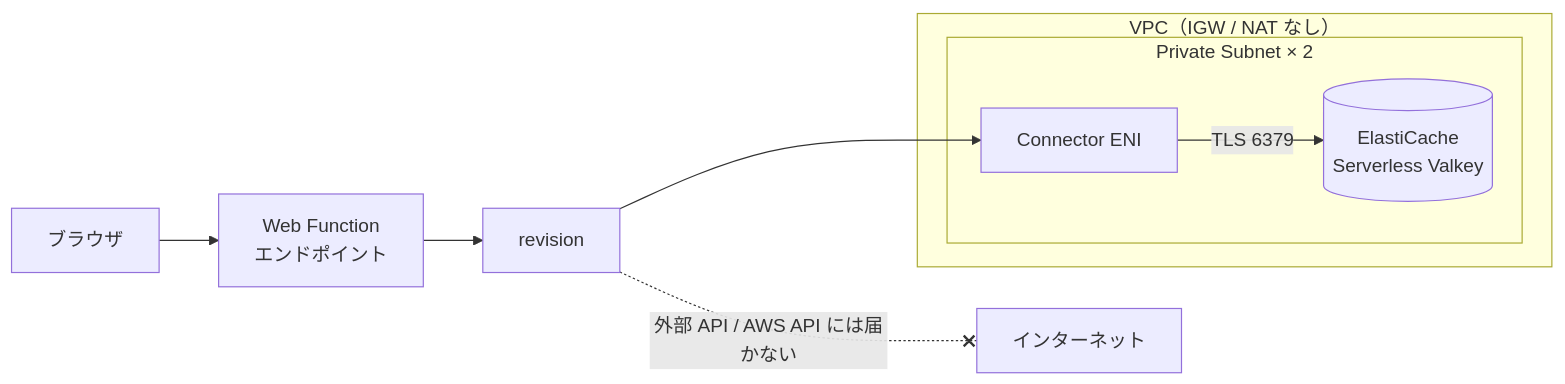
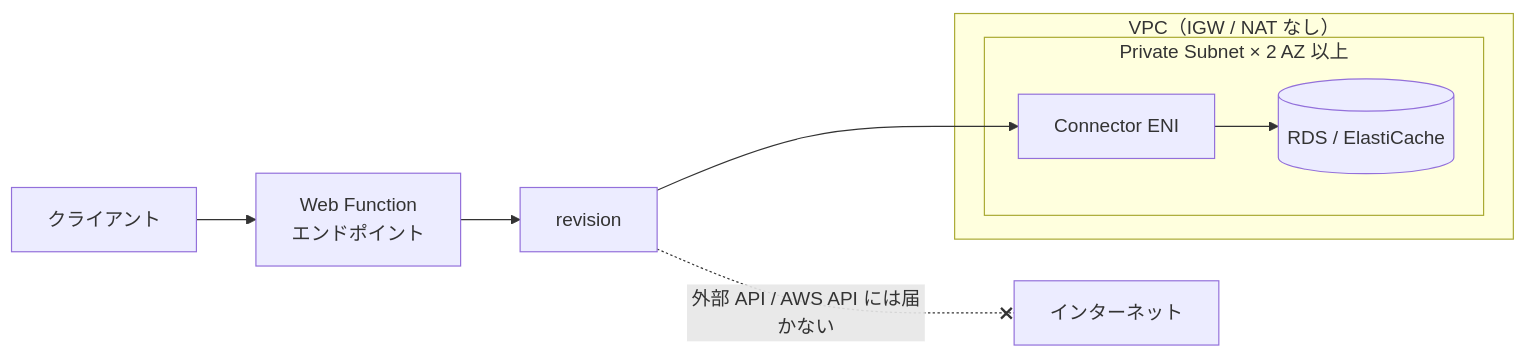
Before and after one commit to zaru/lambda-wf-nextjs: the fourth of 6 diagrams in docs/network-options.md, drawn with Mermaid. The commit also changed other lines of this file and 1 other file, not shown here.

````diff
--- a/docs/network-options.md
+++ b/docs/network-options.md
@@ -79,16 +101,16 @@
 ```mermaid
 flowchart LR
-    Browser["ブラウザ"] --> EP["Web Function<br/>エンドポイント"]
+    Client["クライアント"] --> EP["Web Function<br/>エンドポイント"]
     EP --> Rev["revision"]
 
     subgraph VPC["VPC（IGW / NAT なし）"]
-        subgraph PS["Private Subnet × 2"]
+        subgraph PS["Private Subnet × 2 AZ 以上"]
             ENI["Connector ENI"]
-            Cache[("ElastiCache<br/>Serverless Valkey")]
+            DB[("RDS / ElastiCache")]
         end
-        ENI -->|"TLS 6379"| Cache
+        ENI --> DB
     end
 
     Rev --> ENI
     Rev -.-x|"外部 API / AWS API には届かない"| X["インターネット"]
 ```
````
